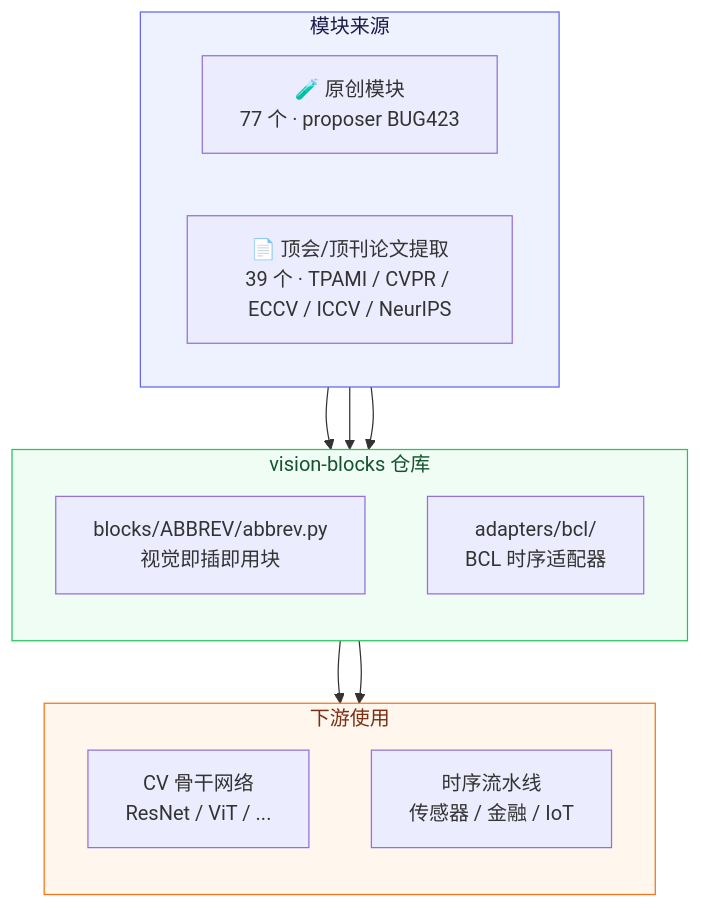
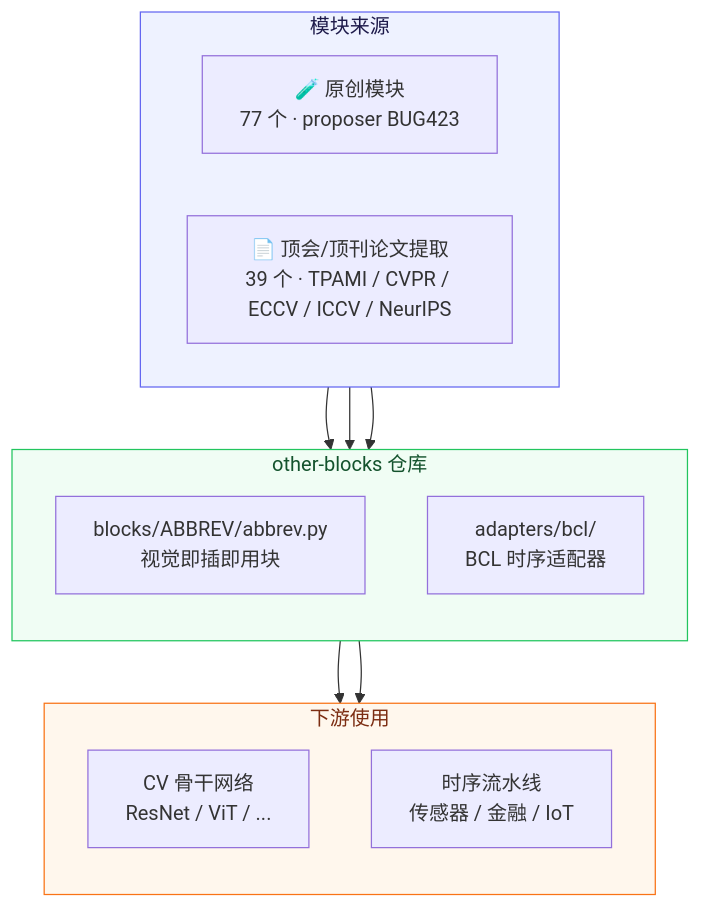
The first of 3 diagrams in README.md (BUG423/vision-blocks), drawn with Mermaid before and after one commit. The commit also changed other lines of this file, not shown here.

````diff
--- a/README.md
+++ b/README.md
@@ -65,30 +45,30 @@
 ```mermaid
 flowchart TB
     subgraph SRC["模块来源"]
         direction LR
         A["🧪 原创模块<br/>77 个 · proposer BUG423"]
         B["📄 顶会/顶刊论文提取<br/>39 个 · TPAMI / CVPR / ECCV / ICCV / NeurIPS"]
     end
 
-    subgraph REPO["vision-blocks 仓库"]
+    subgraph REPO["other-blocks 仓库"]
         direction TB
         BLK["blocks/ABBREV/abbrev.py<br/>视觉即插即用块"]
         BCL["adapters/bcl/<br/>BCL 时序适配器"]
     end
 
     subgraph USE["下游使用"]
         direction TB
         CV["CV 骨干网络<br/>ResNet / ViT / ..."]
         TS["时序流水线<br/>传感器 / 金融 / IoT"]
     end
 
     A --> BLK
     B --> BLK
     A --> BCL
     BLK --> CV
     BCL --> TS
 
     style SRC fill:#eef2ff,stroke:#6366f1,color:#1e1b4b
     style REPO fill:#f0fdf4,stroke:#22c55e,color:#14532d
     style USE fill:#fff7ed,stroke:#f97316,color:#7c2d12
 ```
````
